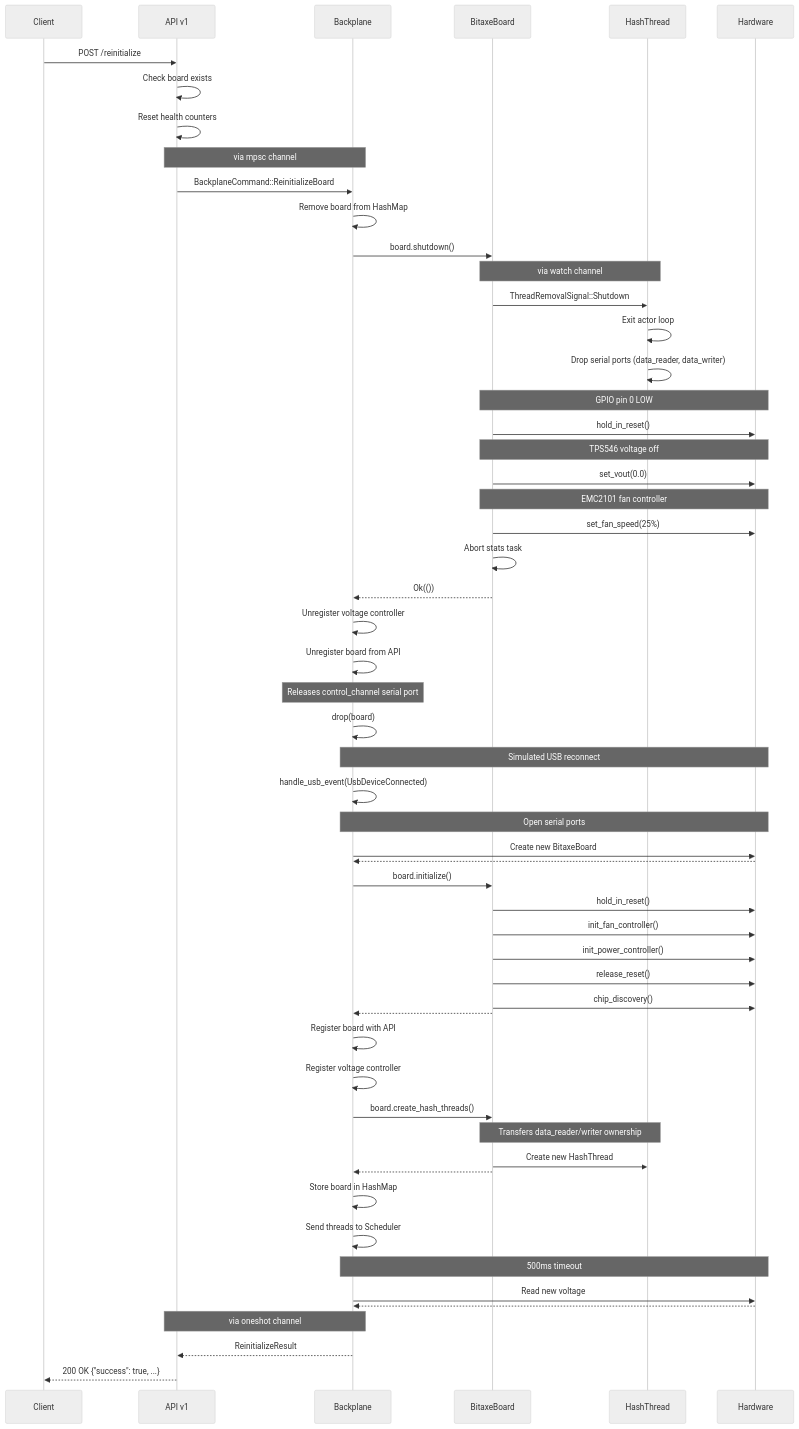
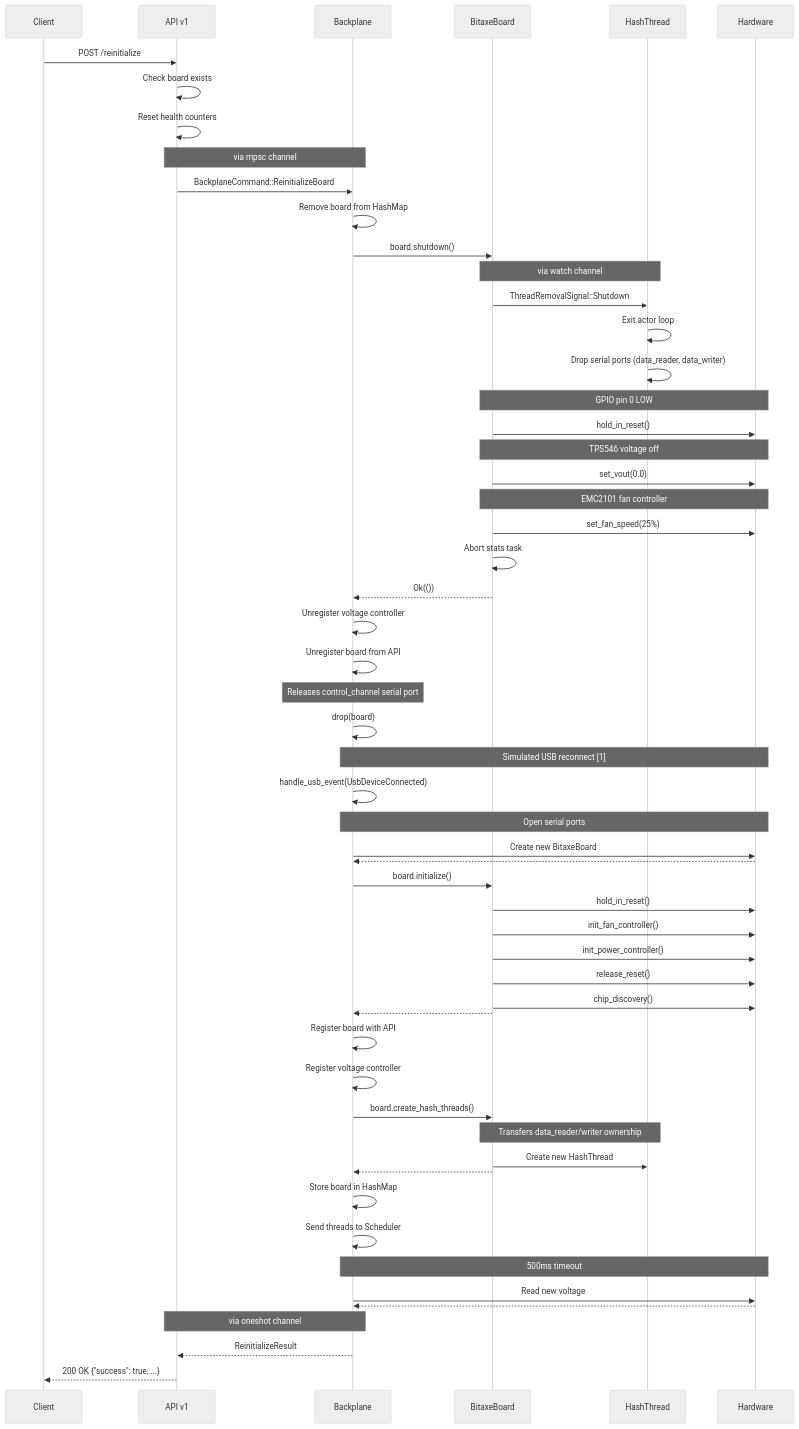
One commit to jbride/mujina changed the diagram in mujina-miner/src/board/bitaxe_gamma.md. Above: the diagram before and after it, drawn with Mermaid (neutral theme). The commit also changed other lines of this file, not shown here.

````diff
--- a/mujina-miner/src/board/bitaxe_gamma.md
+++ b/mujina-miner/src/board/bitaxe_gamma.md
@@ -215,77 +239,77 @@
 ```mermaid
 sequenceDiagram
     participant Client
     participant API as API v1
     participant BP as Backplane
     participant Board as BitaxeBoard
     participant HT as HashThread
     participant HW as Hardware
 
     Client->>API: POST /reinitialize
     API->>API: Check board exists
     API->>API: Reset health counters
 
     Note over API,BP: via mpsc channel
     API->>BP: BackplaneCommand::ReinitializeBoard
 
     BP->>BP: Remove board from HashMap
     BP->>Board: board.shutdown()
 
     Note over Board,HT: via watch channel
     Board->>HT: ThreadRemovalSignal::Shutdown
     HT->>HT: Exit actor loop
     HT->>HT: Drop serial ports (data_reader, data_writer)
 
     Note over Board,HW: GPIO pin 0 LOW
     Board->>HW: hold_in_reset()
 
     Note over Board,HW: TPS546 voltage off
     Board->>HW: set_vout(0.0)
 
     Note over Board,HW: EMC2101 fan controller
     Board->>HW: set_fan_speed(25%)
 
     Board->>Board: Abort stats task
     Board-->>BP: Ok(())
 
     BP->>BP: Unregister voltage controller
     BP->>BP: Unregister board from API
 
     Note over BP: Releases control_channel serial port
     BP->>BP: drop(board)
 
-    Note over BP,HW: Simulated USB reconnect
+    Note over BP,HW: Simulated USB reconnect [1]
     BP->>BP: handle_usb_event(UsbDeviceConnected)
 
     Note over BP,HW: Open serial ports
     BP->>HW: Create new BitaxeBoard
     HW-->>BP:
 
     BP->>Board: board.initialize()
     Board->>HW: hold_in_reset()
     Board->>HW: init_fan_controller()
     Board->>HW: init_power_controller()
     Board->>HW: release_reset()
     Board->>HW: chip_discovery()
     Board-->>BP:
 
     BP->>BP: Register board with API
     BP->>BP: Register voltage controller
 
     BP->>Board: board.create_hash_threads()
     Note over Board,HT: Transfers data_reader/writer ownership
     Board->>HT: Create new HashThread
     Board-->>BP:
 
     BP->>BP: Store board in HashMap
     BP->>BP: Send threads to Scheduler
 
     Note over BP,HW: 500ms timeout
     BP->>HW: Read new voltage
     HW-->>BP:
 
     Note over API,BP: via oneshot channel
     BP-->>API: ReinitializeResult
 
     API-->>Client: 200 OK {"success": true, ...}
 ```
````
